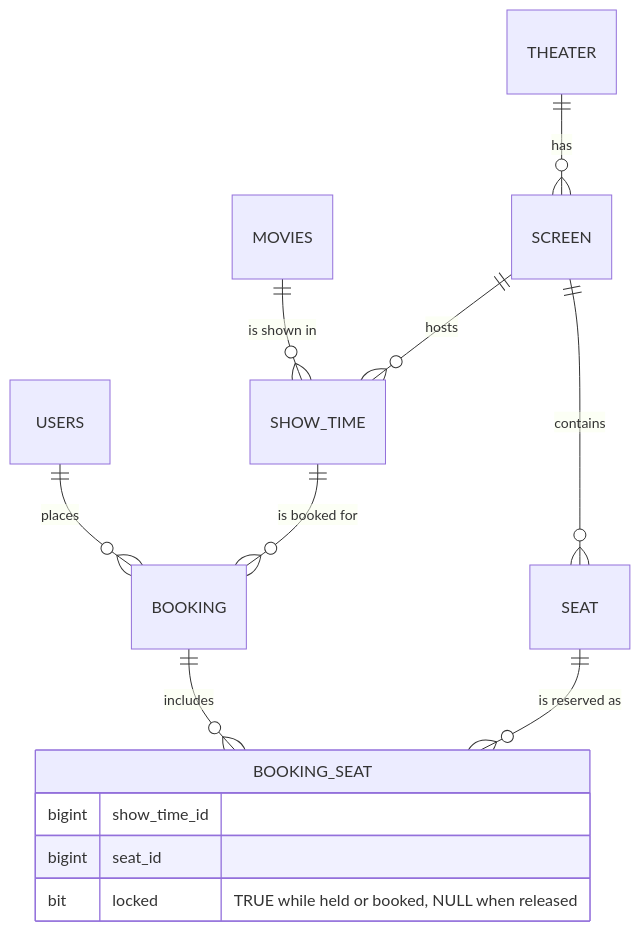
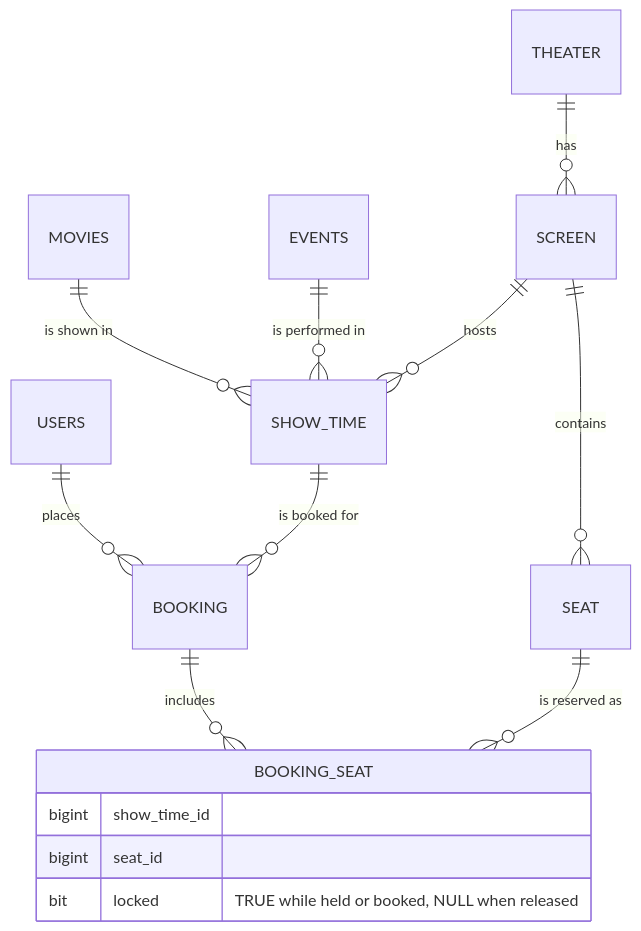
Before and after one commit to Nkugavarathan/cinebook-movie-event-booking: the third of 3 diagrams in README.md, drawn with Mermaid. The commit also changed other lines of this file and 18 other files, not shown here.

````diff
--- a/README.md
+++ b/README.md
@@ -193,16 +208,17 @@
 ```mermaid
 erDiagram
     USERS ||--o{ BOOKING : places
     MOVIES ||--o{ SHOW_TIME : "is shown in"
+    EVENTS ||--o{ SHOW_TIME : "is performed in"
     THEATER ||--o{ SCREEN : has
     SCREEN ||--o{ SEAT : contains
     SCREEN ||--o{ SHOW_TIME : hosts
     SHOW_TIME ||--o{ BOOKING : "is booked for"
     BOOKING ||--o{ BOOKING_SEAT : includes
     SEAT ||--o{ BOOKING_SEAT : "is reserved as"
     BOOKING_SEAT {
         bigint show_time_id
         bigint seat_id
         bit locked "TRUE while held or booked, NULL when released"
     }
 ```
````
